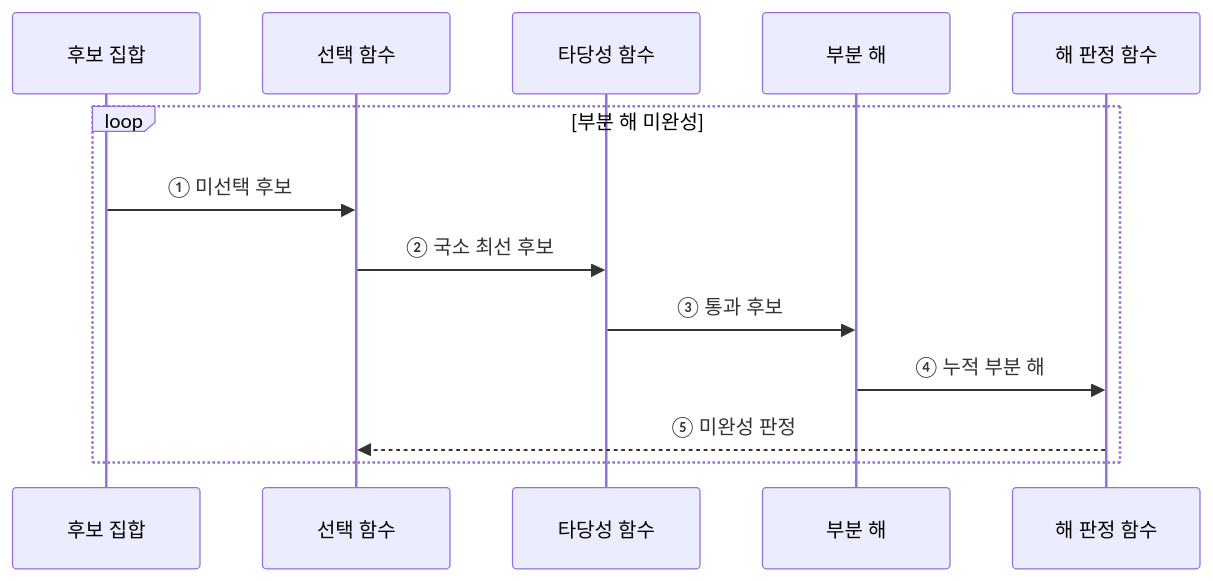
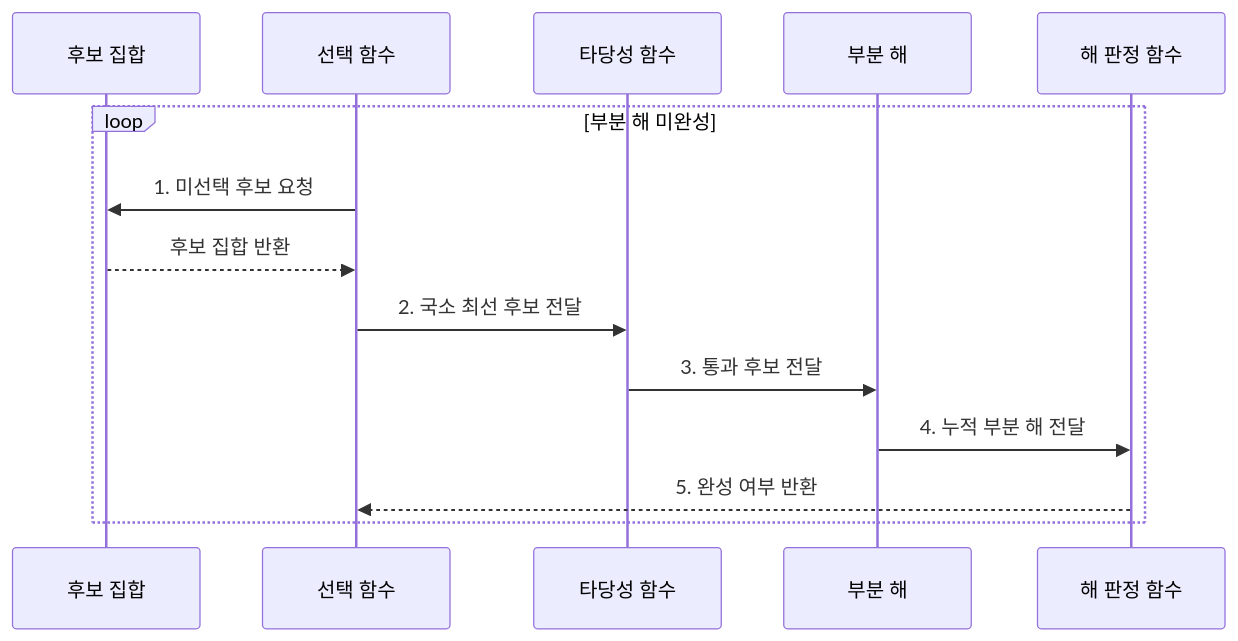
One commit to agnusdei1207/knowledge-base changed the second of 3 diagrams in src/content/docs/notes/01-basic-theory/015_greedy_algorithm.md. Above: the diagram before and after it, drawn with Mermaid. The commit also changed other lines of this file and 20 other files, not shown here.

````diff
--- a/src/content/docs/notes/01-basic-theory/015_greedy_algorithm.md
+++ b/src/content/docs/notes/01-basic-theory/015_greedy_algorithm.md
@@ -83,15 +84,16 @@
 ```mermaid
 sequenceDiagram
     participant C as 후보 집합
     participant S as 선택 함수
     participant F as 타당성 함수
     participant P as 부분 해
     participant H as 해 판정 함수
     loop 부분 해 미완성
-        C->>S: ① 미선택 후보
-        S->>F: ② 국소 최선 후보
-        F->>P: ③ 통과 후보
-        P->>H: ④ 누적 부분 해
-        H-->>S: ⑤ 미완성 판정
+        S->>C: 1. 미선택 후보 요청
+        C-->>S: 후보 집합 반환
+        S->>F: 2. 국소 최선 후보 전달
+        F->>P: 3. 통과 후보 전달
+        P->>H: 4. 누적 부분 해 전달
+        H-->>S: 5. 완성 여부 반환
     end
 ```
````
